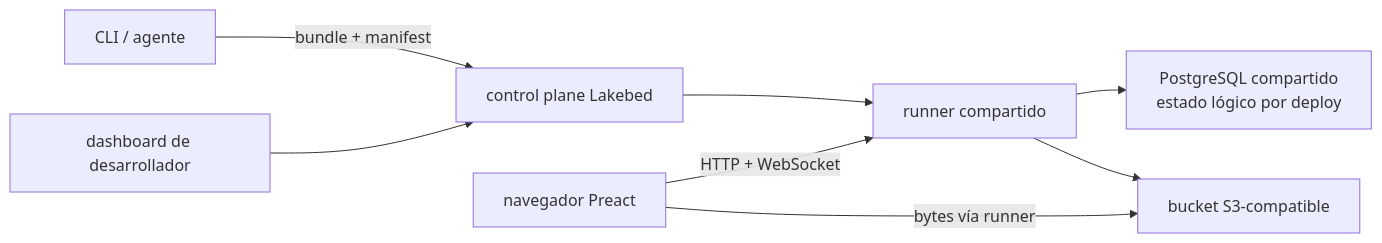
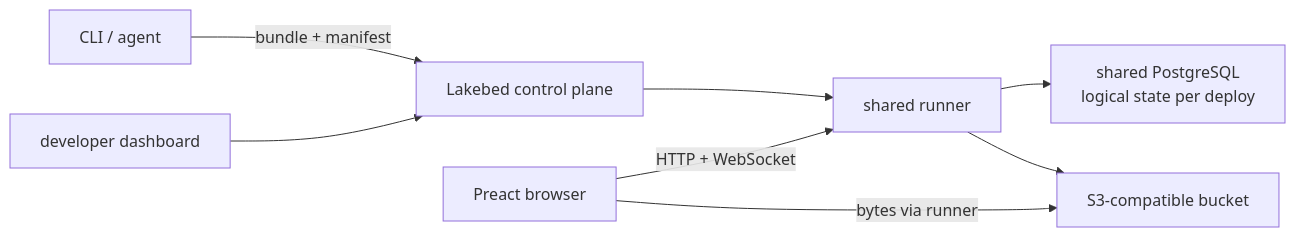
One commit to danibram/konae changed the diagram in docs/research/lakebed-railway.md. Above: the diagram before and after it, drawn with Mermaid. The commit also changed other lines of this file and 197 other files, not shown here.

````diff
--- a/docs/research/lakebed-railway.md
+++ b/docs/research/lakebed-railway.md
@@ -27,10 +27,10 @@
 ```mermaid
 flowchart LR
-  A["CLI / agente"] -->|"bundle + manifest"| C["control plane Lakebed"]
-  B["navegador Preact"] -->|"HTTP + WebSocket"| R["runner compartido"]
+  A["CLI / agent"] -->|"bundle + manifest"| C["Lakebed control plane"]
+  B["Preact browser"] -->|"HTTP + WebSocket"| R["shared runner"]
   C --> R
-  R --> P["PostgreSQL compartido\nestado lógico por deploy"]
-  B -->|"bytes vía runner"| O["bucket S3-compatible"]
+  R --> P["shared PostgreSQL\nlogical state per deploy"]
+  B -->|"bytes via runner"| O["S3-compatible bucket"]
   R --> O
-  D["dashboard de desarrollador"] --> C
+  D["developer dashboard"] --> C
 ```
````
